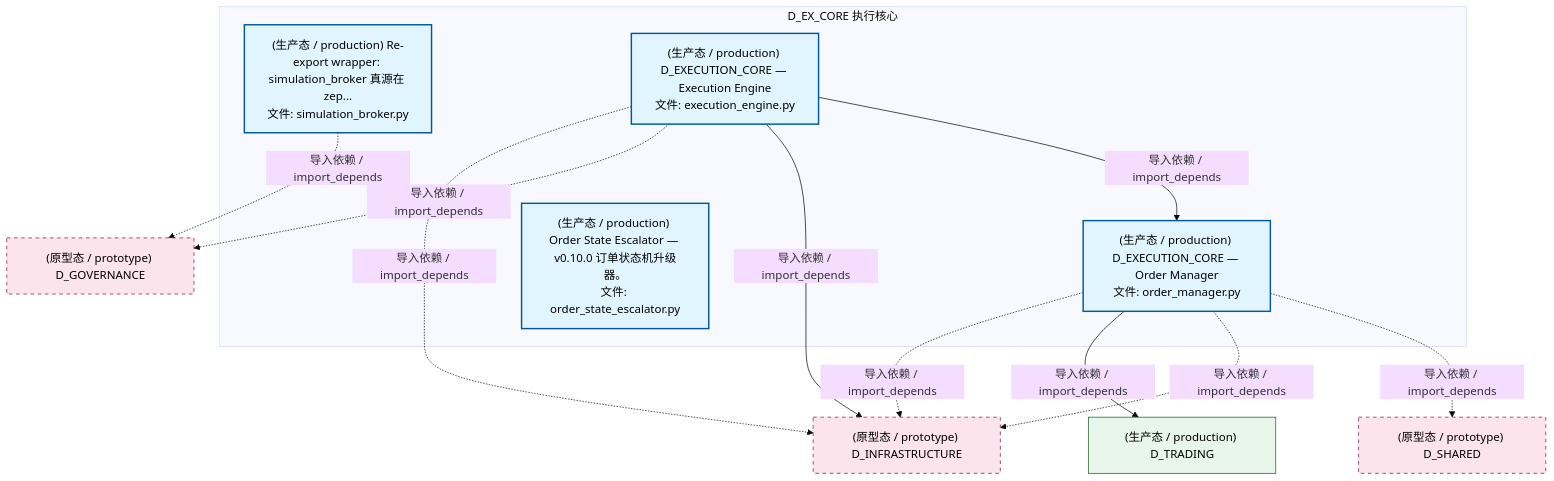
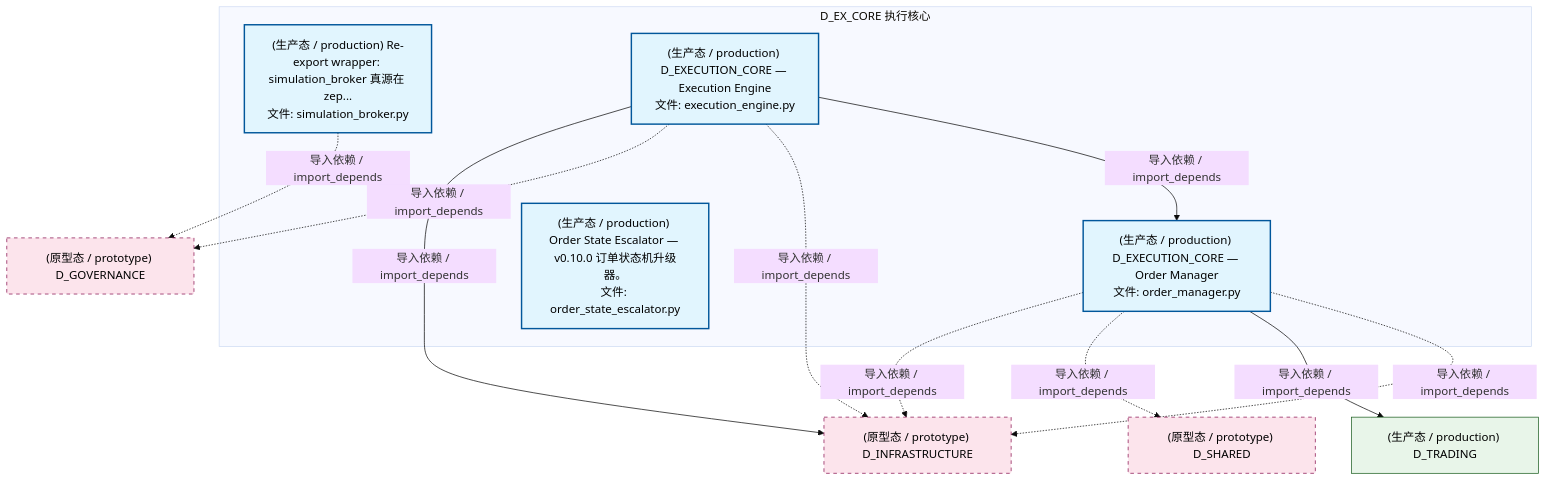
The second of 5 diagrams in docs/02_enterprise_architecture/02_domain_architecture_docs/34_d_ex_core.md (xuanFelixVan/ZephyrAlpha), drawn with Mermaid (base theme) before and after one commit. The commit also changed other lines of this file and 98 other files, not shown here.

````diff
--- a/docs/02_enterprise_architecture/02_domain_architecture_docs/34_d_ex_core.md
+++ b/docs/02_enterprise_architecture/02_domain_architecture_docs/34_d_ex_core.md
@@ -126,29 +126,29 @@
 ```mermaid
 graph TD
     subgraph D_EX_CORE["D_EX_CORE 执行核心"]
         src_zephyr_ex_core_adapters_simulation_broker_py["(生产态 / production) Re-export wrapper: simulation_broker 真源在 zep...<br/>文件: simulation_broker.py"]
         src_zephyr_ex_core_execution_engine_py["(生产态 / production) D_EXECUTION_CORE — Execution Engine<br/>文件: execution_engine.py"]
         src_zephyr_ex_core_order_manager_py["(生产态 / production) D_EXECUTION_CORE — Order Manager<br/>文件: order_manager.py"]
         src_zephyr_governance_escalation_order_state_escalator_py["(生产态 / production) Order State Escalator — v0.10.0 订单状态机升级器。<br/>文件: order_state_escalator.py"]
     end
     src_zephyr_ex_core_execution_engine_py -->|导入依赖 / import_depends| src_zephyr_ex_core_order_manager_py
     D_GOVERNANCE["(原型态 / prototype) D_GOVERNANCE"]
     src_zephyr_ex_core_adapters_simulation_broker_py -.->|导入依赖 / import_depends| D_GOVERNANCE
-    D_SHARED["(原型态 / prototype) D_SHARED"]
-    src_zephyr_ex_core_order_manager_py -.->|导入依赖 / import_depends| D_SHARED
     D_INFRASTRUCTURE["(原型态 / prototype) D_INFRASTRUCTURE"]
     src_zephyr_ex_core_order_manager_py -.->|导入依赖 / import_depends| D_INFRASTRUCTURE
     D_TRADING["(生产态 / production) D_TRADING"]
     src_zephyr_ex_core_order_manager_py -->|导入依赖 / import_depends| D_TRADING
+    D_SHARED["(原型态 / prototype) D_SHARED"]
+    src_zephyr_ex_core_order_manager_py -.->|导入依赖 / import_depends| D_SHARED
     src_zephyr_ex_core_order_manager_py -.->|导入依赖 / import_depends| D_INFRASTRUCTURE
+    src_zephyr_ex_core_execution_engine_py -.->|导入依赖 / import_depends| D_INFRASTRUCTURE
+    src_zephyr_ex_core_execution_engine_py -.->|导入依赖 / import_depends| D_GOVERNANCE
     src_zephyr_ex_core_execution_engine_py -->|导入依赖 / import_depends| D_INFRASTRUCTURE
-    src_zephyr_ex_core_execution_engine_py -.->|导入依赖 / import_depends| D_GOVERNANCE
-    src_zephyr_ex_core_execution_engine_py -.->|导入依赖 / import_depends| D_INFRASTRUCTURE
     classDef production fill:#e1f5fe,stroke:#01579b,stroke-width:2px,color:#000
     classDef design fill:#fff3e0,stroke:#e65100,stroke-width:2px,color:#000,stroke-dasharray: 5 5
     classDef external_prod fill:#e8f5e9,stroke:#1b5e20,stroke-width:1px,color:#000
     classDef external_design fill:#fce4ec,stroke:#880e4f,stroke-width:1px,color:#000,stroke-dasharray: 5 5
     class src_zephyr_ex_core_adapters_simulation_broker_py,src_zephyr_ex_core_execution_engine_py,src_zephyr_ex_core_order_manager_py,src_zephyr_governance_escalation_order_state_escalator_py production
     class D_TRADING external_prod
-    class D_GOVERNANCE,D_SHARED,D_INFRASTRUCTURE external_design
+    class D_GOVERNANCE,D_INFRASTRUCTURE,D_SHARED external_design
 ```
````
